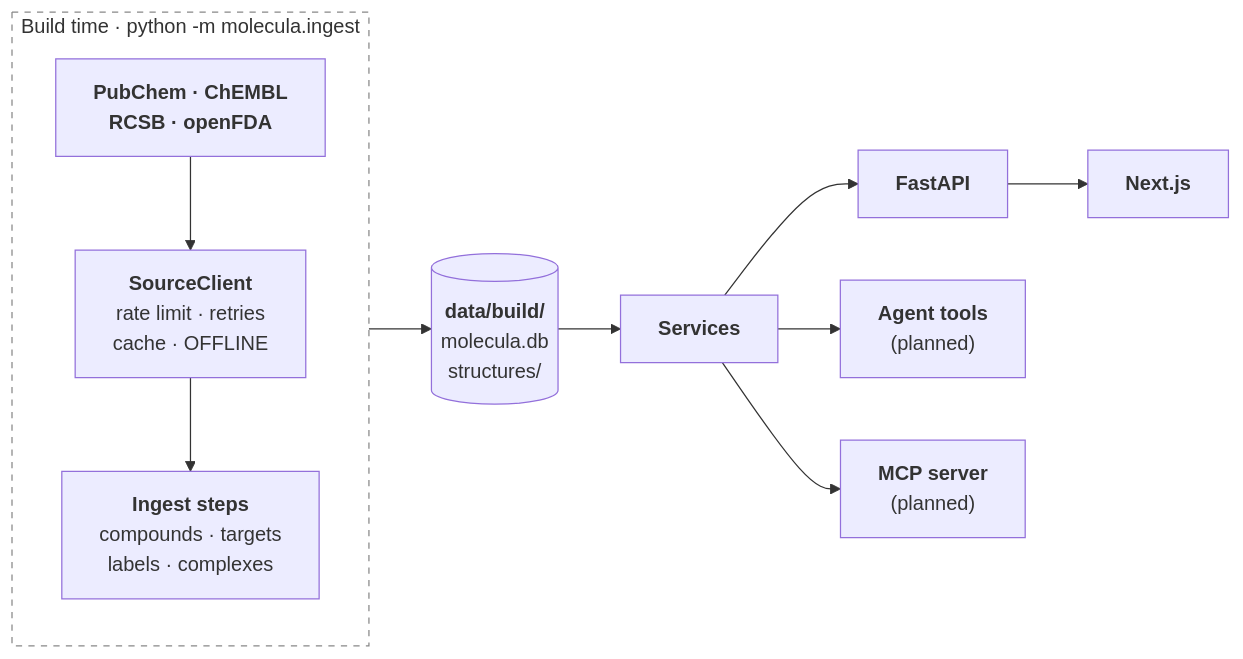
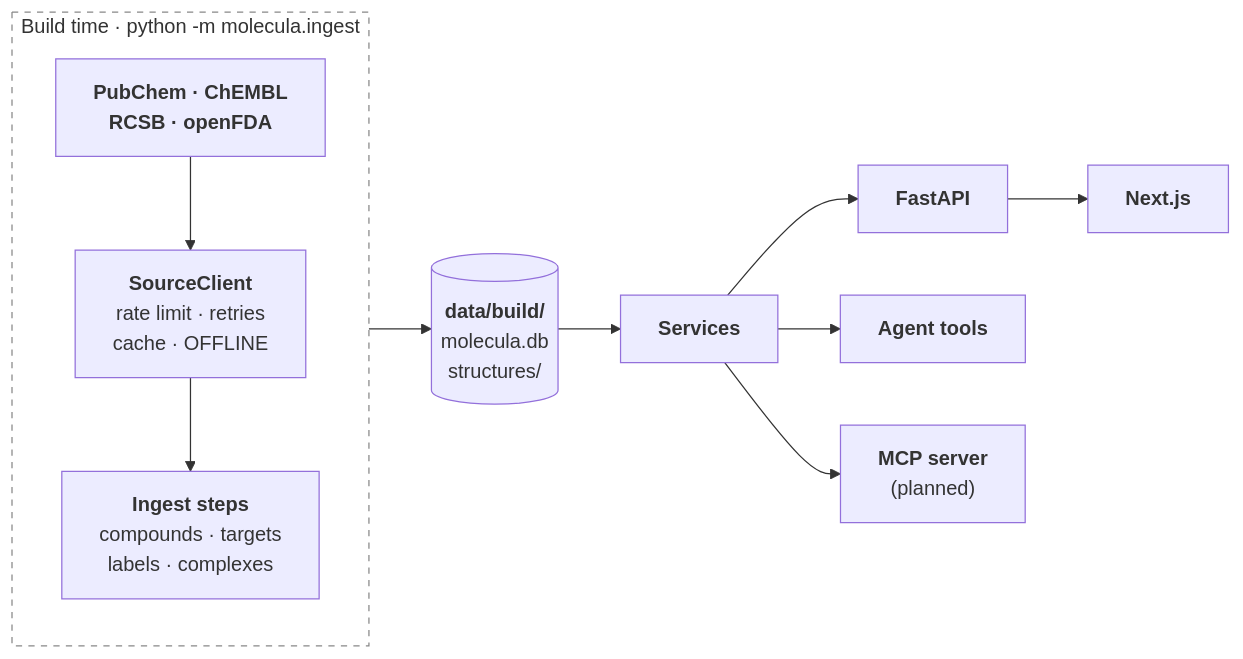
One commit to DannyKuk/molecula changed the diagram in docs/architecture.md. Above: the diagram before and after it, drawn with Mermaid. The commit also changed other lines of this file and 16 other files, not shown here.

First line of the commit message:
Add the resolve_drug, get_properties, get_targets and compare_drugs agent tools with typed results and a registry, so the agent can look up a drug from the store and explain an unsupported drug or a bad argument (#110).

````diff
--- a/docs/architecture.md
+++ b/docs/architecture.md
@@ -5,21 +5,21 @@
 ```mermaid
 flowchart LR
     subgraph BUILD["Build time · python -m molecula.ingest"]
         direction TB
         SRC["<b>PubChem · ChEMBL<br/>RCSB · openFDA</b>"]
         SC["<b>SourceClient</b><br/>rate limit · retries<br/>cache · OFFLINE"]
         ING["<b>Ingest steps</b><br/>compounds · targets<br/>labels · complexes"]
         SRC --> SC --> ING
     end
     DB[("<b>data/build/</b><br/>molecula.db<br/>structures/")]
     SVC["<b>Services</b>"]
     API["<b>FastAPI</b>"]
-    AG["<b>Agent tools</b><br/>(planned)"]
+    AG["<b>Agent tools</b>"]
     MCP["<b>MCP server</b><br/>(planned)"]
     FE["<b>Next.js</b>"]
     ING --> DB --> SVC
     SVC --> API --> FE
     SVC --> AG
     SVC --> MCP
     style BUILD fill:none,stroke:#888,stroke-dasharray:5 5
 ```
````
